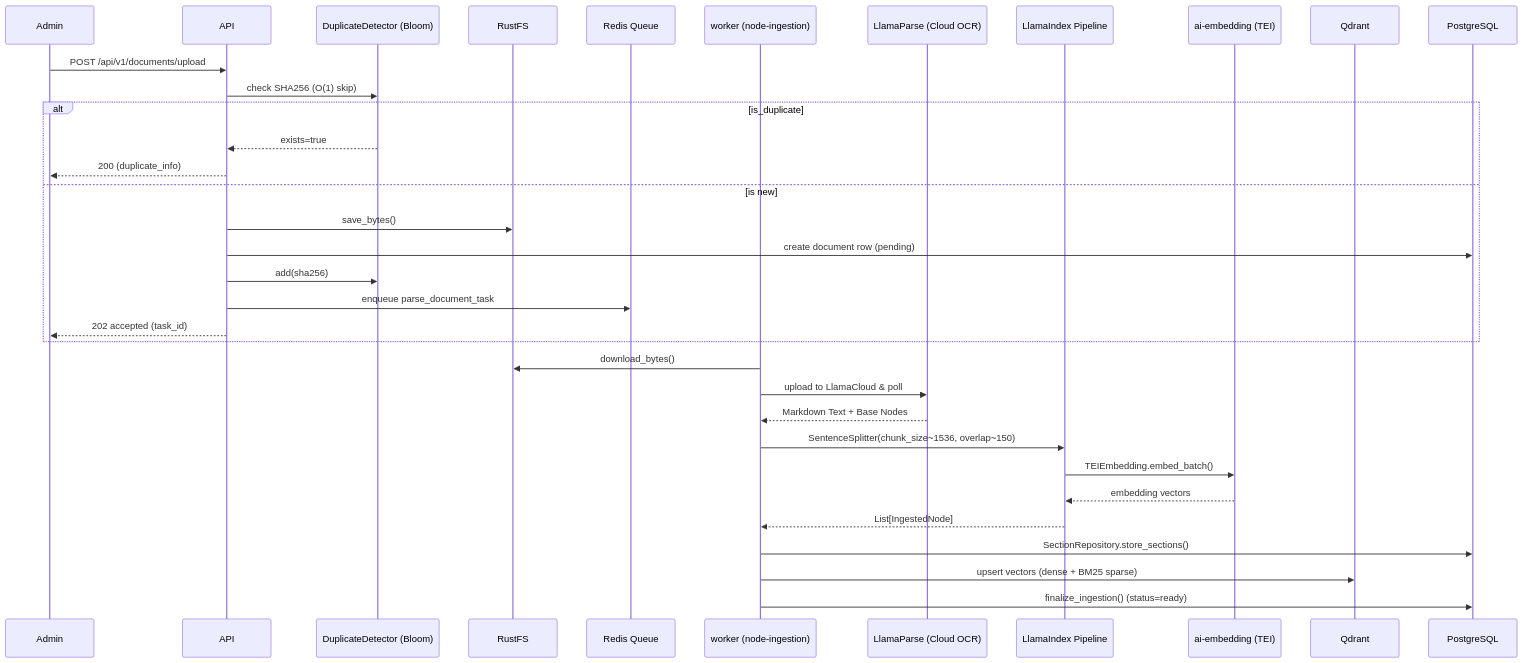
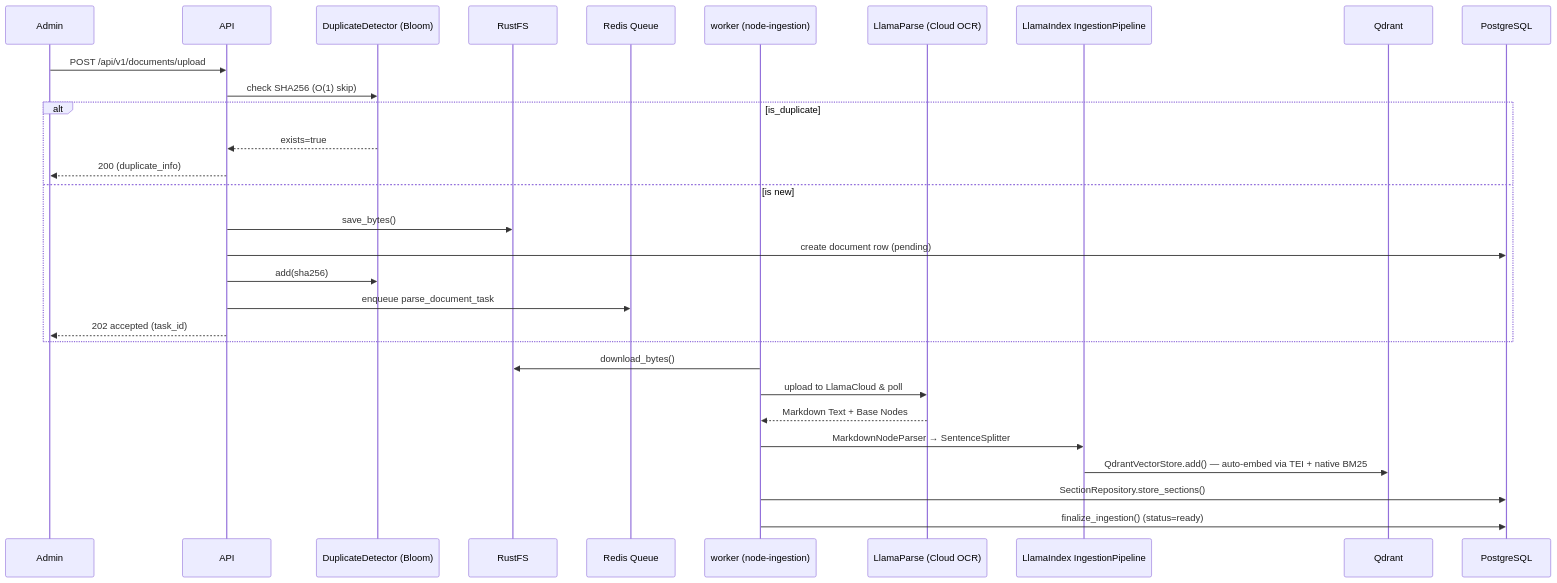
Before and after one commit to qtuanph/chatbot-rag: the first of 2 diagrams in docs/2.1_WORKFLOWS_INGESTION.md, drawn with Mermaid. The commit also changed other lines of this file and 104 other files, not shown here.

````diff
--- a/docs/2.1_WORKFLOWS_INGESTION.md
+++ b/docs/2.1_WORKFLOWS_INGESTION.md
@@ -5,38 +5,34 @@
 ```mermaid
 sequenceDiagram
     participant Admin
     participant API
     participant Bloom as DuplicateDetector (Bloom)
     participant Storage as RustFS
     participant Queue as Redis Queue
     participant Worker as worker (node-ingestion)
     participant Parser as LlamaParse (Cloud OCR)
-    participant Llamaindex as LlamaIndex Pipeline
-    participant AIEmbed as ai-embedding (TEI)
+    participant LiPipeline as LlamaIndex IngestionPipeline
     participant Qdrant
     participant DB as PostgreSQL
 
     Admin->>API: POST /api/v1/documents/upload
     API->>Bloom: check SHA256 (O(1) skip)
     alt is_duplicate
         Bloom-->>API: exists=true
         API-->>Admin: 200 (duplicate_info)
     else is new
         API->>Storage: save_bytes()
         API->>DB: create document row (pending)
         API->>Bloom: add(sha256)
         API->>Queue: enqueue parse_document_task
         API-->>Admin: 202 accepted (task_id)
     end
 
     Worker->>Storage: download_bytes()
     Worker->>Parser: upload to LlamaCloud & poll
     Parser-->>Worker: Markdown Text + Base Nodes
-    Worker->>Llamaindex: SentenceSplitter(chunk_size~1536, overlap~150)
-    Llamaindex->>AIEmbed: TEIEmbedding.embed_batch()
-    AIEmbed-->>Llamaindex: embedding vectors
-    Llamaindex-->>Worker: List[IngestedNode]
+    Worker->>LiPipeline: MarkdownNodeParser → SentenceSplitter
+    LiPipeline->>Qdrant: QdrantVectorStore.add() — auto-embed via TEI + native BM25
     Worker->>DB: SectionRepository.store_sections()
-    Worker->>Qdrant: upsert vectors (dense + BM25 sparse)
     Worker->>DB: finalize_ingestion() (status=ready)
 ```
````
